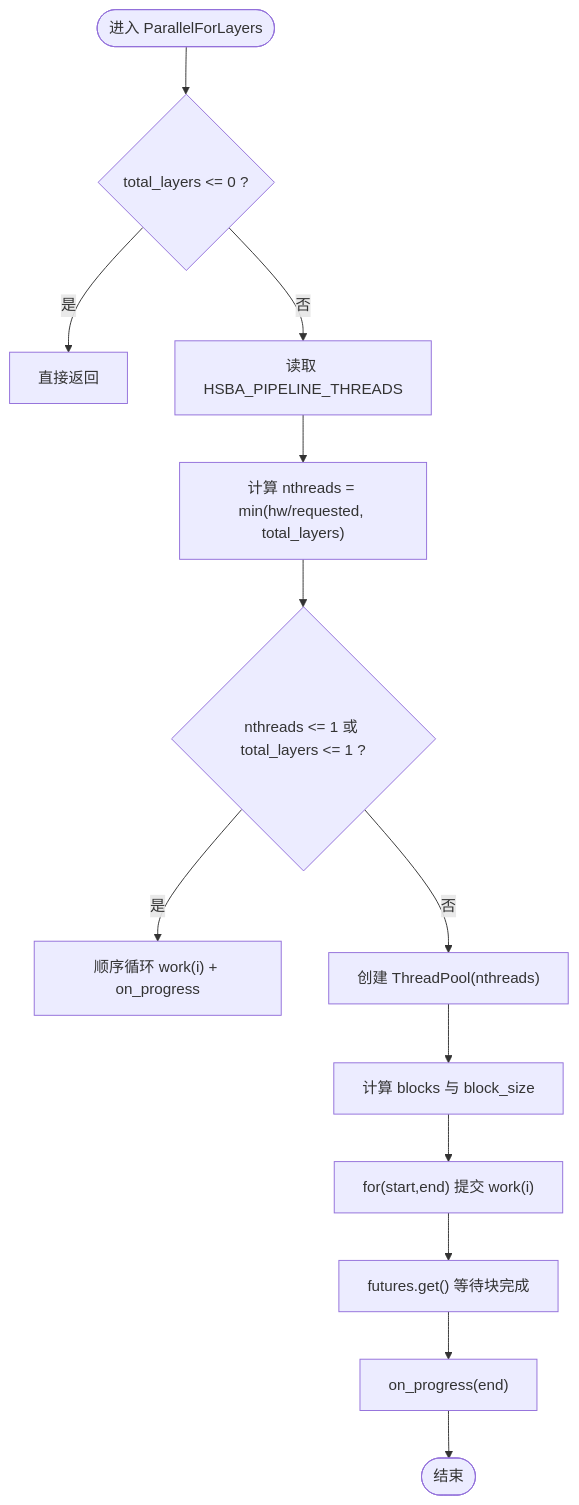
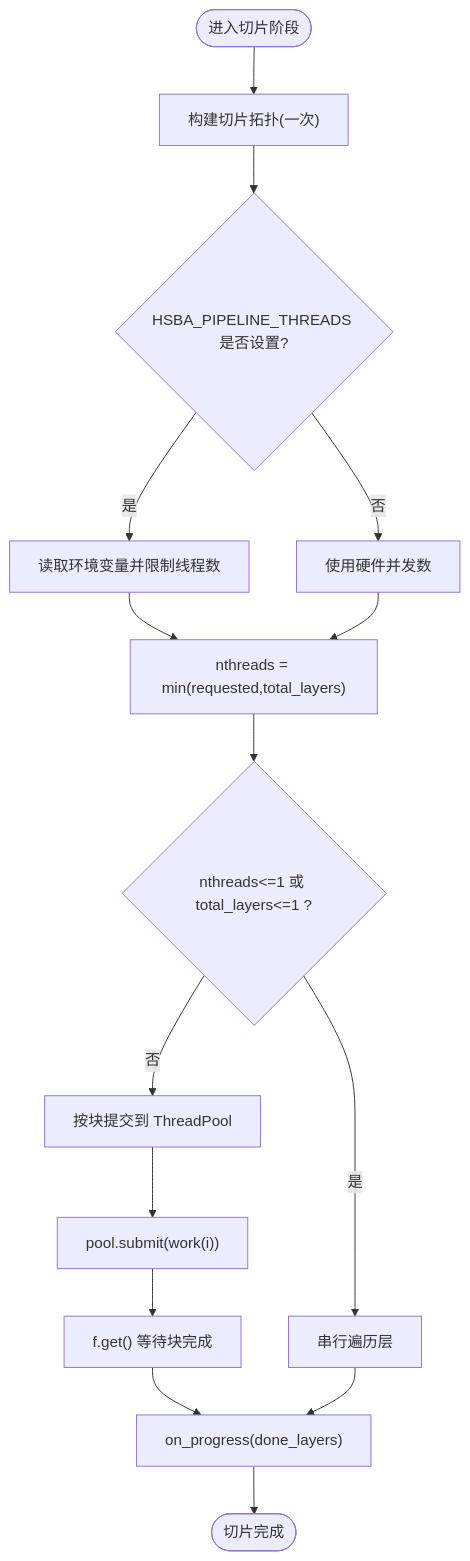
One commit to hsmbanlance/HsBaSlicer changed the fourth of 8 diagrams in .qoder/repowiki/zh/content/高级主题/高级主题.md. Above: the diagram before and after it, drawn with Mermaid. The commit also changed other lines of this file and 1135 other files, not shown here.

````diff
--- a/.qoder/repowiki/zh/content/高级主题/高级主题.md
+++ b/.qoder/repowiki/zh/content/高级主题/高级主题.md
@@ -221,15 +192,17 @@
 ```mermaid
 flowchart TD
-Start(["进入 ParallelForLayers"]) --> CheckLayers{"total_layers <= 0 ?"}
-CheckLayers --> |是| ReturnEarly["直接返回"]
-CheckLayers --> |否| ReadEnv["读取 HSBA_PIPELINE_THREADS"]
-ReadEnv --> DecideThreads["计算 nthreads = min(hw/requested, total_layers)"]
-DecideThreads --> SerialPath{"nthreads <= 1 或 total_layers <= 1 ?"}
-SerialPath --> |是| LoopSerial["顺序循环 work(i) + on_progress"]
-SerialPath --> |否| CreatePool["创建 ThreadPool(nthreads)"]
-CreatePool --> BlockSplit["计算 blocks 与 block_size"]
-BlockSplit --> ForEachBlock["for(start,end) 提交 work(i)"]
-ForEachBlock --> WaitFutures["futures.get() 等待块完成"]
-WaitFutures --> Progress["on_progress(end)"]
-Progress --> End(["结束"])
+Start(["进入切片阶段"]) --> BuildTopo["构建切片拓扑(一次)"]
+BuildTopo --> CheckEnv{"HSBA_PIPELINE_THREADS 是否设置?"}
+CheckEnv --> |是| SetThreads["读取环境变量并限制线程数"]
+CheckEnv --> |否| UseHW["使用硬件并发数"]
+SetThreads --> DecideN["nthreads = min(requested,total_layers)"]
+UseHW --> DecideN
+DecideN --> SerialCheck{"nthreads<=1 或 total_layers<=1 ?"}
+SerialCheck --> |是| LoopSerial["串行遍历层"]
+SerialCheck --> |否| BlockLoop["按块提交到 ThreadPool"]
+BlockLoop --> Submit["pool.submit(work(i))"]
+Submit --> AwaitBlock["f.get() 等待块完成"]
+AwaitBlock --> Progress["on_progress(done_layers)"]
+LoopSerial --> Progress
+Progress --> End(["切片完成"])
 ```
````
